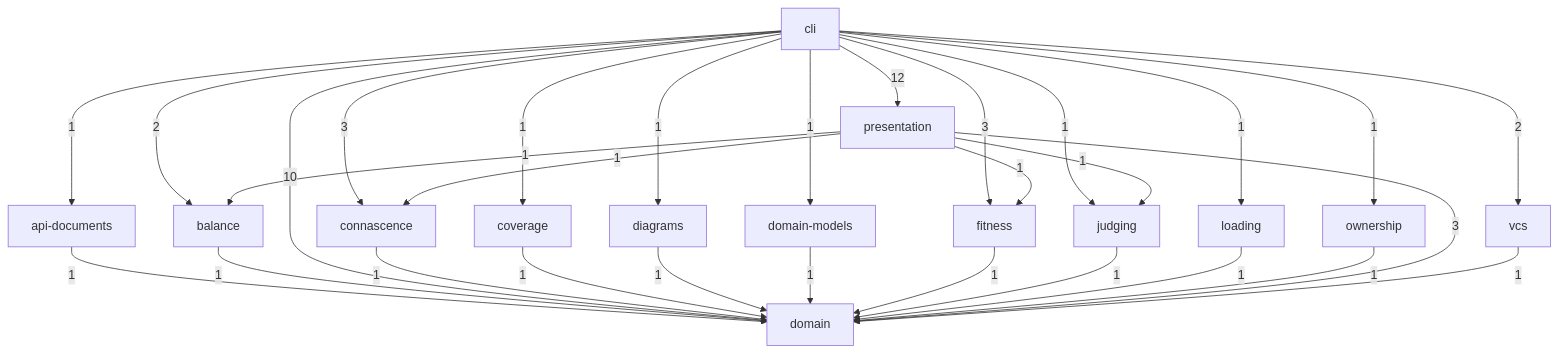
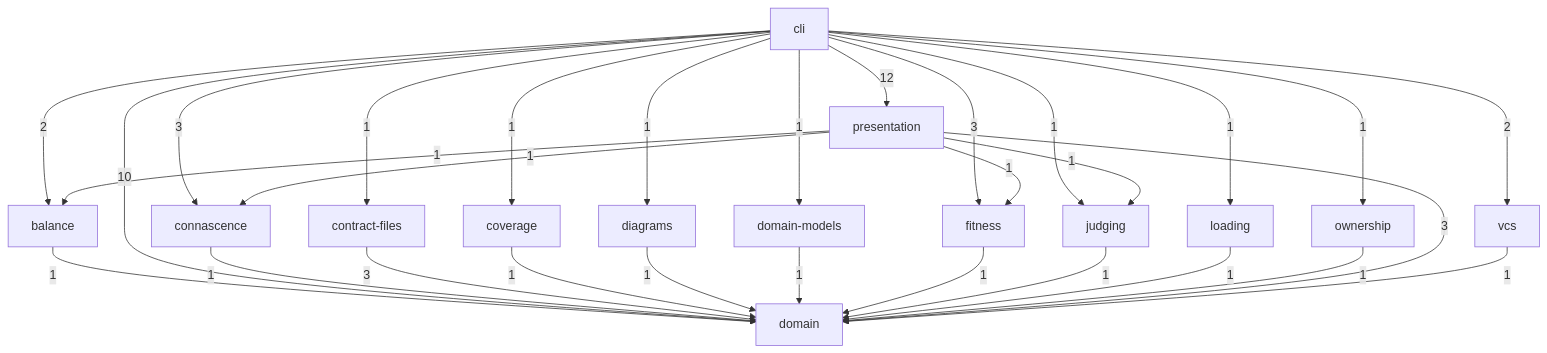
The diagram in anarch.md (StevenACoffman/anarch-lint), drawn with Mermaid before and after one commit. The commit also changed other lines of this file and 20 other files, not shown here.

First line of the commit message:
graphql, protobuf: parse GraphQL schemas and protobuf files

````diff
--- a/anarch.md
+++ b/anarch.md
@@ -36,46 +36,46 @@
 ```mermaid
 flowchart TD
   s0["cli"]
   s1["presentation"]
   s2["loading"]
   s3["vcs"]
   s4["diagrams"]
-  s5["api-documents"]
+  s5["contract-files"]
   s6["domain-models"]
   s7["ownership"]
   s8["coverage"]
   s9["fitness"]
   s10["balance"]
   s11["connascence"]
   s12["judging"]
   s13["domain"]
-  s5 -->|1| s13
   s10 -->|1| s13
-  s0 -->|1| s5
   s0 -->|2| s10
   s0 -->|3| s11
+  s0 -->|1| s5
   s0 -->|1| s8
   s0 -->|1| s4
   s0 -->|10| s13
   s0 -->|1| s6
   s0 -->|3| s9
   s0 -->|1| s12
   s0 -->|1| s2
   s0 -->|1| s7
   s0 -->|12| s1
   s0 -->|2| s3
   s11 -->|1| s13
+  s5 -->|3| s13
   s8 -->|1| s13
   s4 -->|1| s13
   s6 -->|1| s13
   s9 -->|1| s13
   s12 -->|1| s13
   s2 -->|1| s13
   s7 -->|1| s13
   s1 -->|1| s10
   s1 -->|1| s11
   s1 -->|3| s13
   s1 -->|1| s9
   s1 -->|1| s12
   s3 -->|1| s13
 ```
````
